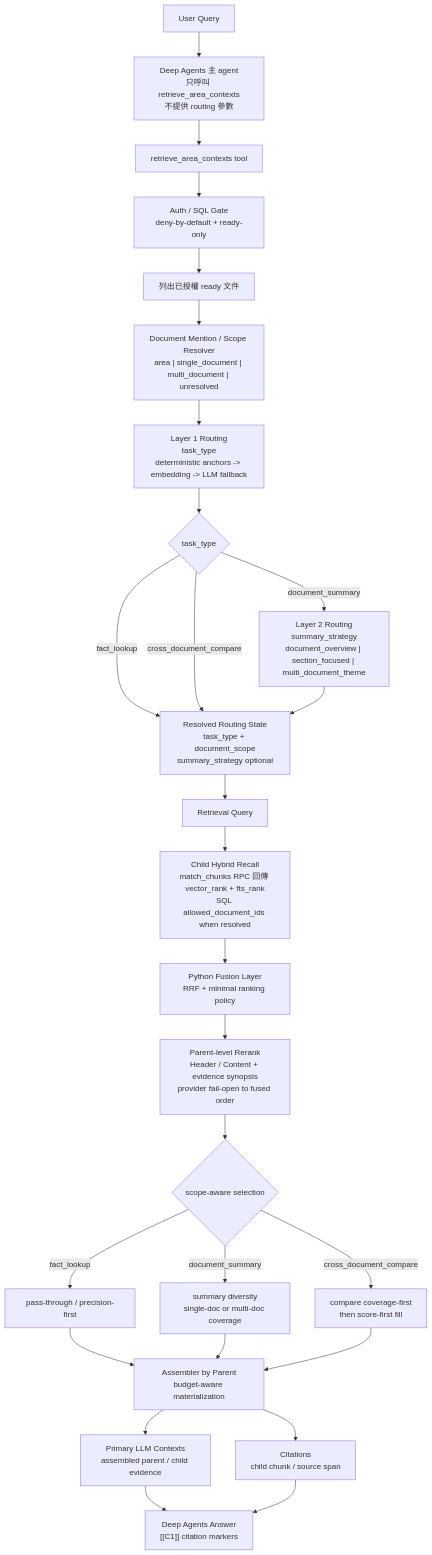
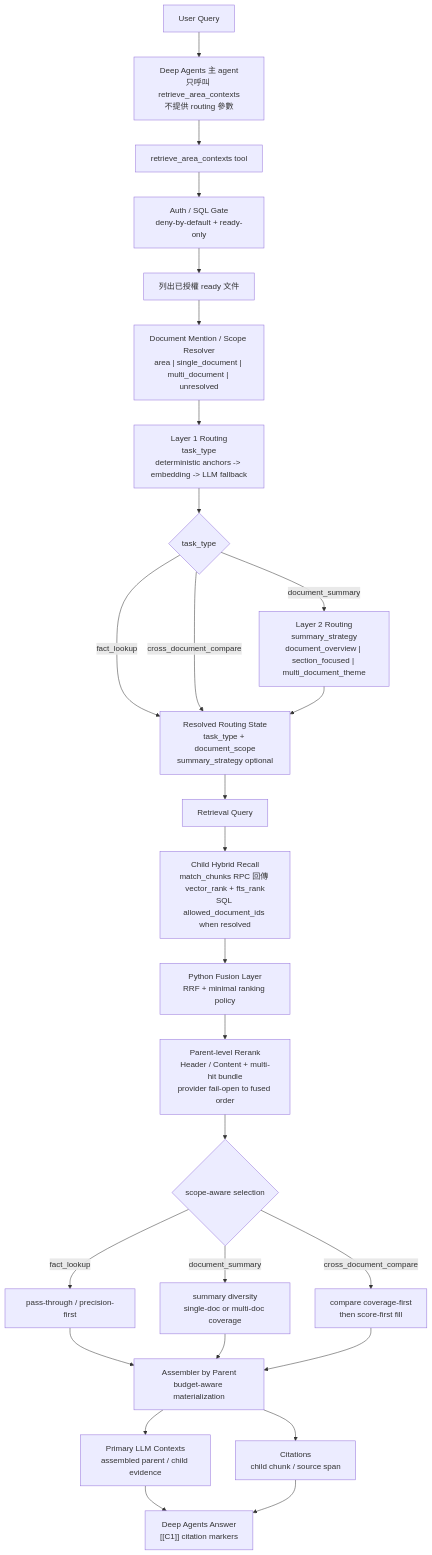
Before and after one commit to jASTARSEVEN/deep-agent-rag-stack: the second of 2 diagrams in ARCHITECTURE.md, drawn with Mermaid. The commit also changed 14 other files, not shown here.

Commit message:
Completely remove Evidence synopsis feature

````diff
--- a/ARCHITECTURE.md
+++ b/ARCHITECTURE.md
@@ -143,34 +143,34 @@
 ```mermaid
 flowchart TD
     Q["User Query"] --> AGENT["Deep Agents 主 agent<br/>只呼叫 retrieve_area_contexts<br/>不提供 routing 參數"]
     AGENT --> TOOL["retrieve_area_contexts tool"]
     TOOL --> AUTH["Auth / SQL Gate<br/>deny-by-default + ready-only"]
 
     AUTH --> DOCS["列出已授權 ready 文件"]
     DOCS --> SCOPE["Document Mention / Scope Resolver<br/>area | single_document | multi_document | unresolved"]
     SCOPE --> L1["Layer 1 Routing<br/>task_type<br/>deterministic anchors -> embedding -> LLM fallback"]
     L1 --> L2{"task_type"}
 
     L2 -->|fact_lookup| RTS["Resolved Routing State<br/>task_type + document_scope<br/>summary_strategy optional"]
     L2 -->|document_summary| SS["Layer 2 Routing<br/>summary_strategy<br/>document_overview | section_focused | multi_document_theme"]
     L2 -->|cross_document_compare| RTS
     SS --> RTS
 
     RTS --> RQ["Retrieval Query"]
     RQ --> CH["Child Hybrid Recall<br/>match_chunks RPC 回傳 vector_rank + fts_rank<br/>SQL allowed_document_ids when resolved"]
     CH --> FUSE["Python Fusion Layer<br/>RRF + minimal ranking policy"]
-    FUSE --> RR["Parent-level Rerank<br/>Header / Content + evidence synopsis<br/>provider fail-open to fused order"]
+    FUSE --> RR["Parent-level Rerank<br/>Header / Content + multi-hit bundle<br/>provider fail-open to fused order"]
     RR --> SEL{"scope-aware selection"}
     SEL -->|fact_lookup| PASS["pass-through / precision-first"]
     SEL -->|document_summary| SUMSEL["summary diversity<br/>single-doc or multi-doc coverage"]
     SEL -->|cross_document_compare| CMPSEL["compare coverage-first<br/>then score-first fill"]
 
     PASS --> ASM["Assembler by Parent<br/>budget-aware materialization"]
     SUMSEL --> ASM
     CMPSEL --> ASM
 
     ASM --> CTX["Primary LLM Contexts<br/>assembled parent / child evidence"]
     ASM --> CIT["Citations<br/>child chunk / source span"]
     CTX --> SYN["Deep Agents Answer<br/>[[C1]] citation markers"]
     CIT --> SYN
 ```
````
